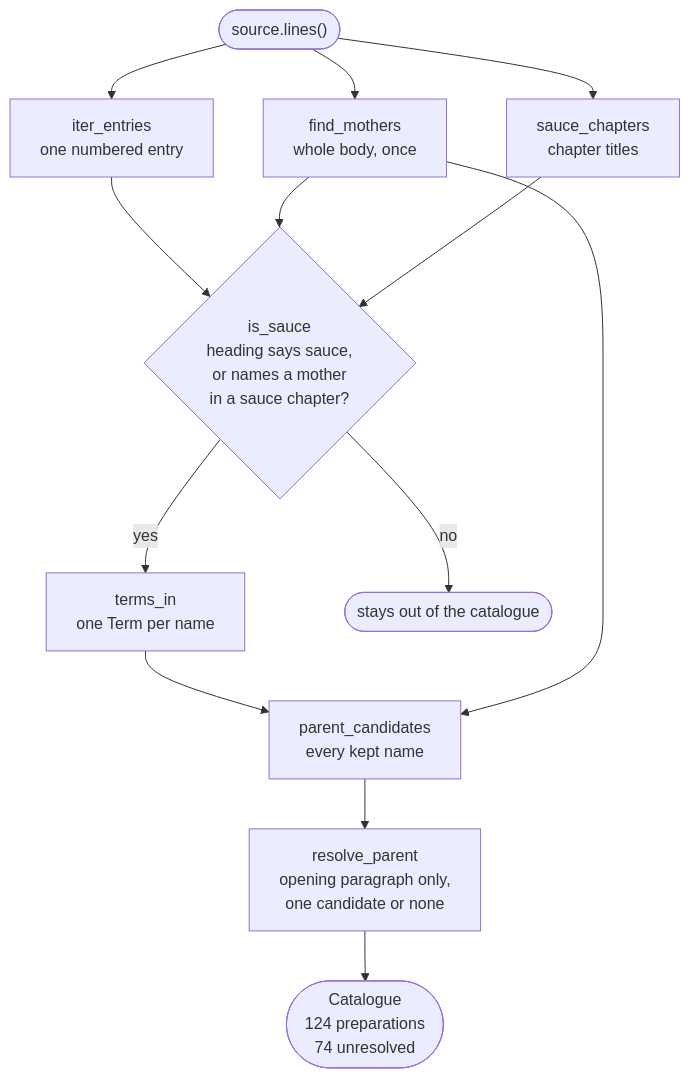
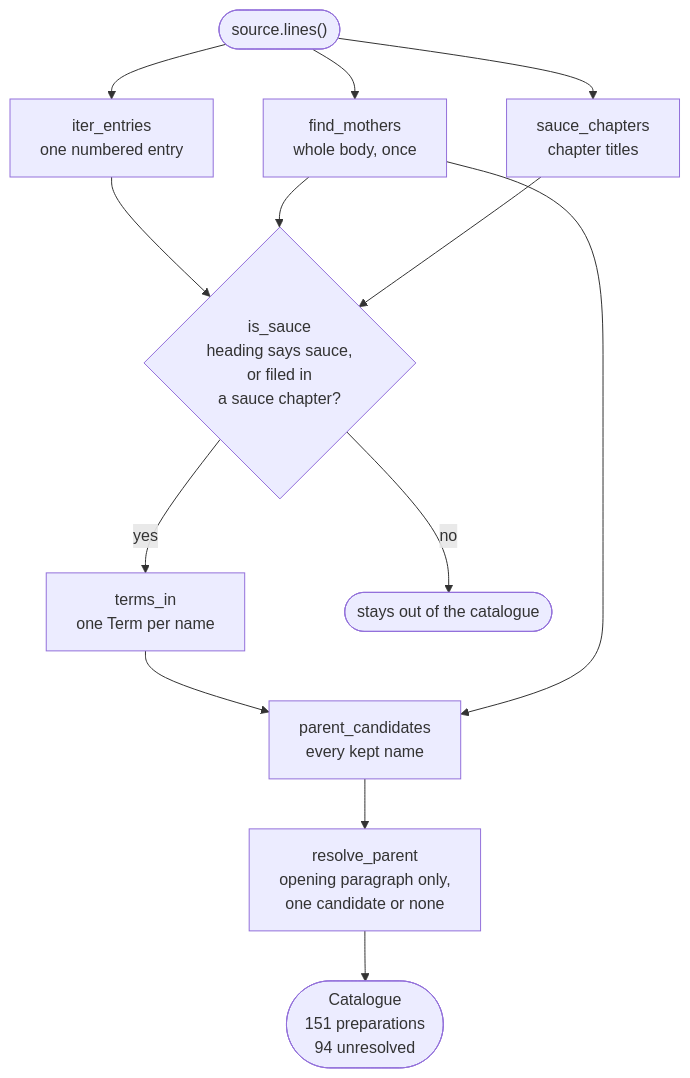
One commit to Alberto-Codes/saucier changed the diagram in docs/reference/data-model.md. Above: the diagram before and after it, drawn with Mermaid. The commit also changed other lines of this file and 15 other files, not shown here.

````diff
--- a/docs/reference/data-model.md
+++ b/docs/reference/data-model.md
@@ -12,35 +12,35 @@
 ```mermaid
 flowchart TD
     accTitle: How one source becomes a catalogue
     accDescr {
         The source reader yields lines, and three steps read them.
         find_mothers scans the whole body once and returns the concepts the
         source calls basic sauces. sauce_chapters reads the chapter titles and
         returns the line spans of the chapters the source titles as sauces.
         iter_entries walks the same lines and yields one numbered entry at a
         time, joining a heading that wraps onto a second line. is_sauce tests
-        each entry heading, keeps it when the heading
-        itself says sauce, and otherwise keeps it only when the heading names a
-        mother inside a sauce chapter. A rejected entry stays out of the
-        catalogue. terms_in splits a kept heading into one language-tagged Term
-        per alternative name. parent_candidates collects every name of every
+        each entry, keeps it when the heading itself says sauce, and
+        otherwise keeps it only when the source filed the entry in a sauce
+        chapter. A rejected entry stays out of the catalogue. terms_in
+        splits a kept heading into one language-tagged Term per alternative
+        name. parent_candidates collects every name of every
         kept preparation, plus the mothers. resolve_parent reads the opening
         paragraph only, and sets the parent to the single candidate that
         paragraph states, or to None when it states none or states more than
         one. A cycle of stated parents is cleared. The result is a
-        Catalogue of 124 preparations, 50 resolved and 74 unresolved.
+        Catalogue of 151 preparations, 57 resolved and 94 unresolved.
     }
 
     lines(["source.lines()"]) --> entries["iter_entries<br/>one numbered entry"]
-    entries --> sauce{"is_sauce<br/>heading says sauce,<br/>or names a mother<br/>in a sauce chapter?"}
+    entries --> sauce{"is_sauce<br/>heading says sauce,<br/>or filed in<br/>a sauce chapter?"}
     sauce -->|yes| terms["terms_in<br/>one Term per name"]
     terms --> names["parent_candidates<br/>every kept name"]
     names --> parent["resolve_parent<br/>opening paragraph only,<br/>one candidate or none"]
-    parent --> cat(["Catalogue<br/>124 preparations<br/>74 unresolved"])
+    parent --> cat(["Catalogue<br/>151 preparations<br/>94 unresolved"])
     sauce -->|no| drop(["stays out of the catalogue"])
     lines --> mothers["find_mothers<br/>whole body, once"]
     lines --> chapters["sauce_chapters<br/>chapter titles"]
     mothers --> sauce
     chapters --> sauce
     mothers --> names
 ```
````
